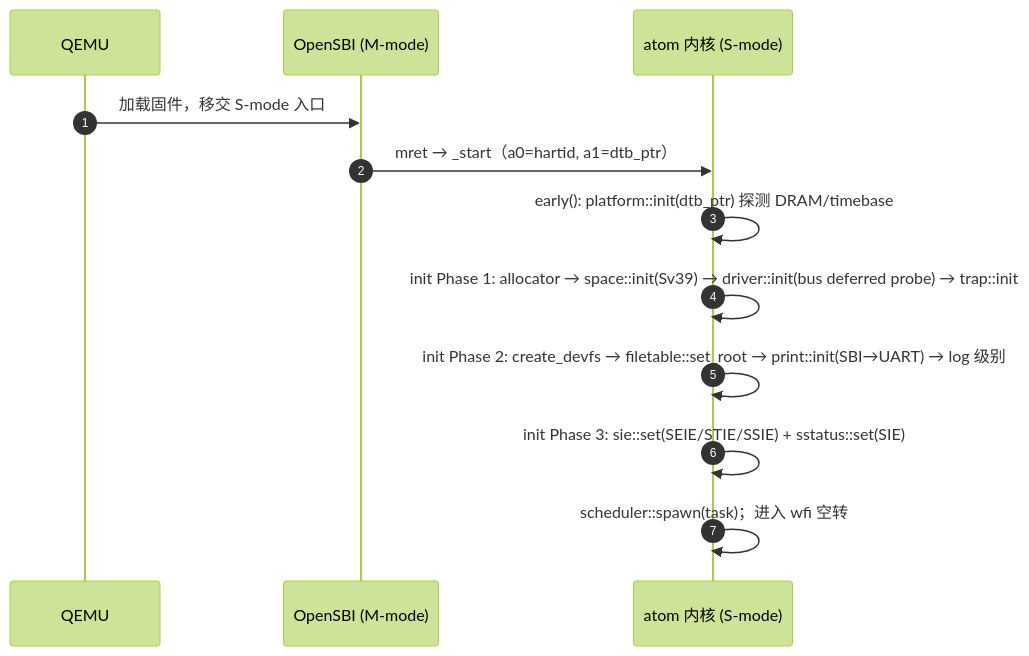
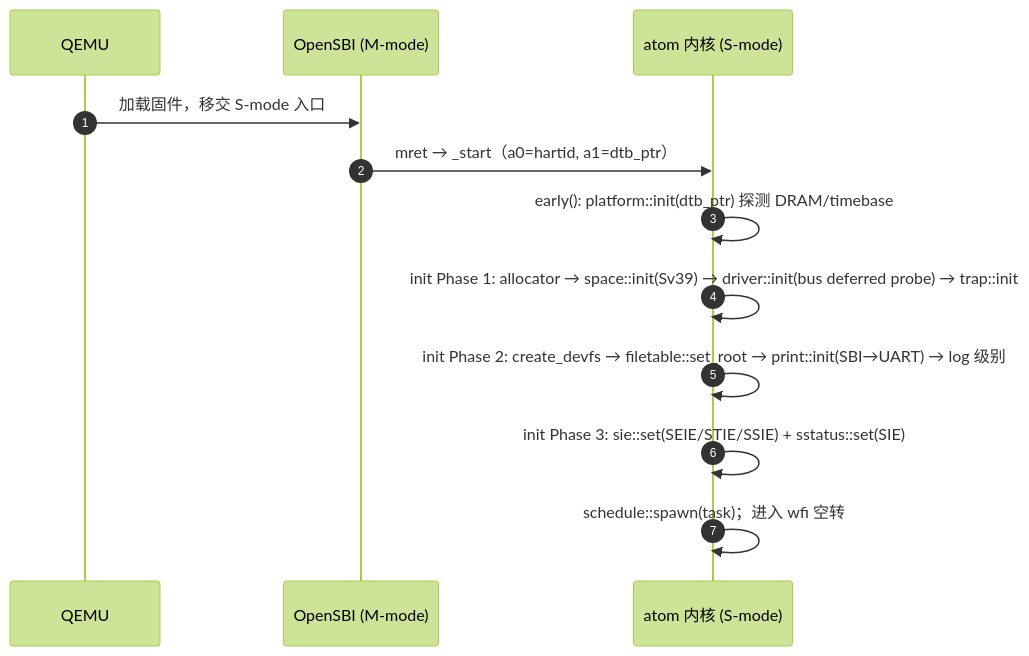
The third of 5 diagrams in docs/architecture.md (anreonyr/atom), drawn with Mermaid (forest theme) before and after one commit. The commit also changed other lines of this file and 7 other files, not shown here.

First line of the commit message:
docs: 同步 scheduler → schedule 目录重命名后的路径引用

````diff
--- a/docs/architecture.md
+++ b/docs/architecture.md
@@ -245,14 +245,14 @@
 ```mermaid
 sequenceDiagram
     autonumber
     participant Q as QEMU
     participant O as OpenSBI (M-mode)
     participant K as atom 内核 (S-mode)
     Q->>O: 加载固件，移交 S-mode 入口
     O->>K: mret → _start（a0=hartid, a1=dtb_ptr）
     K->>K: early(): platform::init(dtb_ptr) 探测 DRAM/timebase
     K->>K: init Phase 1: allocator → space::init(Sv39) → driver::init(bus deferred probe) → trap::init
     K->>K: init Phase 2: create_devfs → filetable::set_root → print::init(SBI→UART) → log 级别
     K->>K: init Phase 3: sie::set(SEIE/STIE/SSIE) + sstatus::set(SIE)
-    K->>K: scheduler::spawn(task)；进入 wfi 空转
+    K->>K: schedule::spawn(task)；进入 wfi 空转
 ```
````
